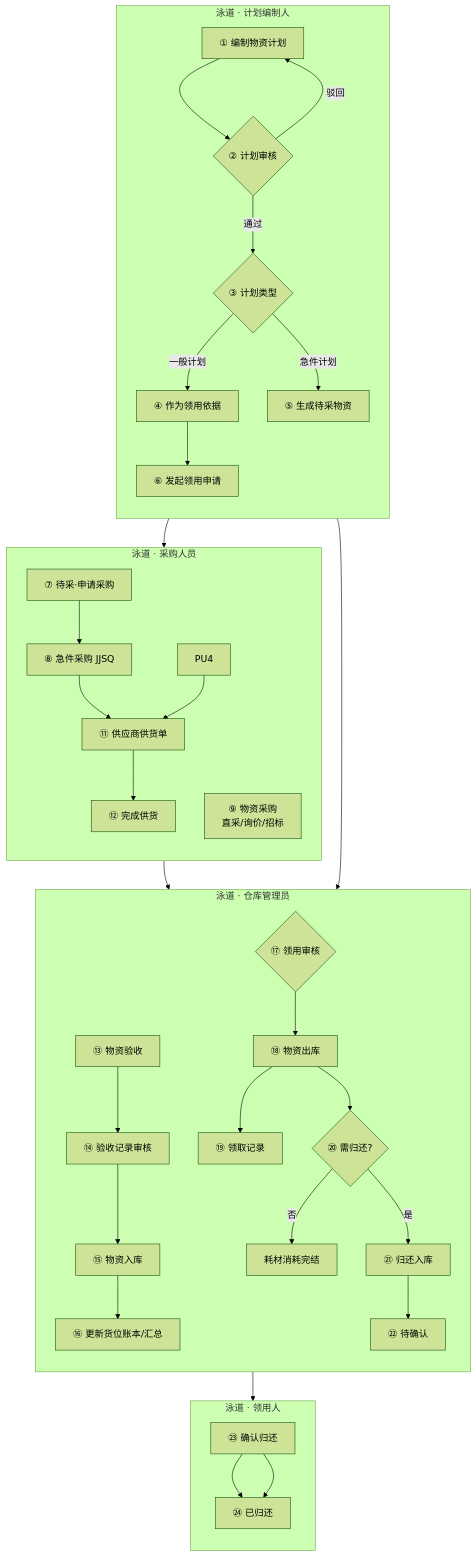
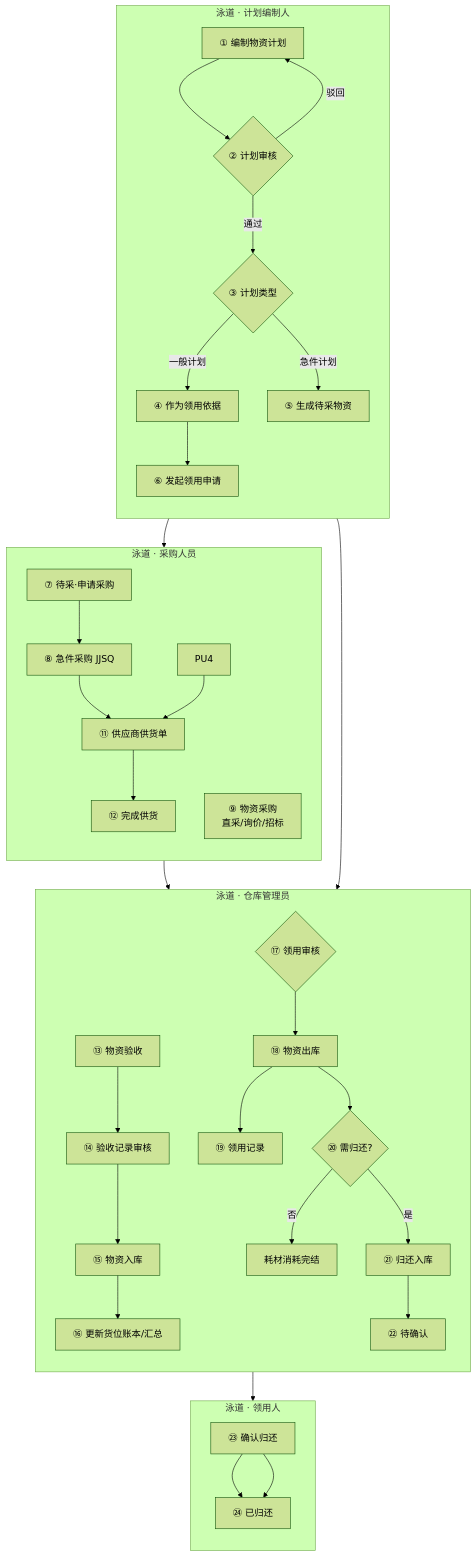
The first of 34 diagrams in docs/prd.md (liaoliao66/wms), drawn with Mermaid (forest theme) before and after one commit. The commit also changed other lines of this file and 20 other files, not shown here.

````diff
--- a/docs/prd.md
+++ b/docs/prd.md
@@ -440,45 +440,45 @@
 ```mermaid
 flowchart TB
     subgraph lane_plan["泳道 · 计划编制人"]
         direction TB
         P1["① 编制物资计划"] --> P2{"② 计划审核"}
         P2 -->|"驳回"| P1
         P2 -->|"通过"| P3{"③ 计划类型"}
         P3 -->|"一般计划"| P4["④ 作为领用依据"]
         P3 -->|"急件计划"| P5["⑤ 生成待采物资"]
         P4 --> P6["⑥ 发起领用申请"]
     end
 
     subgraph lane_purchase["泳道 · 采购人员"]
         direction TB
         PU1["⑦ 待采·申请采购"] --> PU2["⑧ 急件采购 JJSQ"]
         PU3["⑨ 物资采购<br/>直采/询价/招标"]
         PU2 --> PU5["⑪ 供应商供货单"]
         PU4 --> PU5
         PU5 --> PU6["⑫ 完成供货"]
     end
 
     subgraph lane_wh["泳道 · 仓库管理员"]
         direction TB
         W1["⑬ 物资验收"] --> W2["⑭ 验收记录审核"]
         W2 --> W3["⑮ 物资入库"]
         W3 --> W4["⑯ 更新货位账本/汇总"]
         W5{"⑰ 领用审核"} --> W6["⑱ 物资出库"]
-        W6 --> W7["⑲ 领取记录"]
+        W6 --> W7["⑲ 领用记录"]
         W6 --> W8{"⑳ 需归还?"}
         W8 -->|"否"| W9["耗材消耗完结"]
         W8 -->|"是"| W10["㉑ 归还入库"]
         W10 --> W11["㉒ 待确认"]
     end
 
     subgraph lane_user["泳道 · 领用人"]
         direction TB
         U1["㉓ 确认归还"] --> U2["㉔ 已归还"]
     end
 
     P5 --> PU1
     P6 --> W5
     PU6 --> W1
     W11 --> U1
     U1 --> U2
 ```
````
